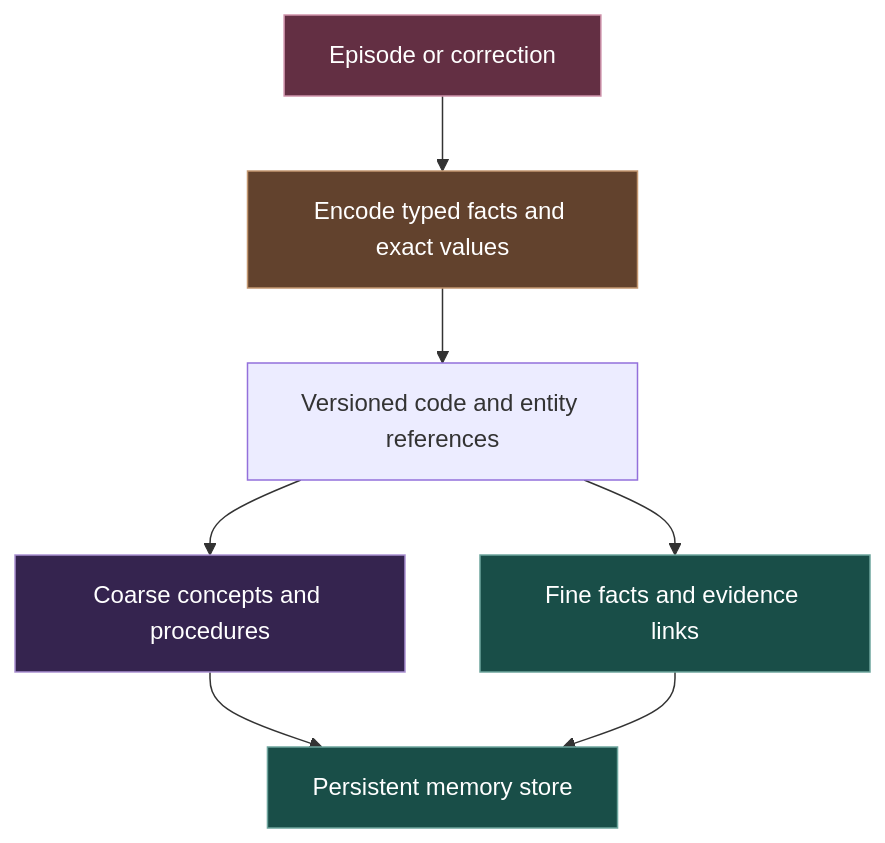
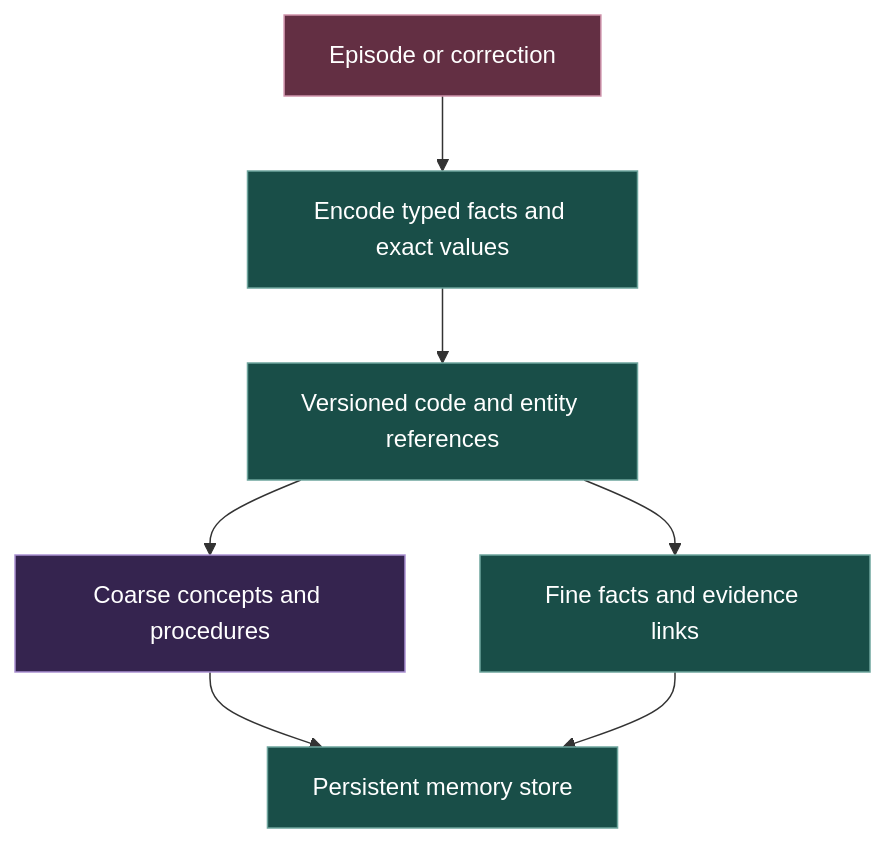
Before and after one commit to Kian-hdr/lore-demo: the first of 5 diagrams in docs/Memory.md, drawn with Mermaid. The commit also changed 5 other files, not shown here.

Commit message:
Make diagram colors follow subsystem responsibilities

````diff
--- a/docs/Memory.md
+++ b/docs/Memory.md
@@ -11,17 +11,15 @@
 ```mermaid
 flowchart TD
     A["Episode or correction"] --> B["Encode typed facts and exact values"]
     B --> C["Versioned code and entity references"]
     C --> D["Coarse concepts and procedures"]
     C --> E["Fine facts and evidence links"]
     D --> F["Persistent memory store"]
     E --> F
-    classDef change fill:#632f43,stroke:#cf93ab,color:#ffffff;
-    class A change;
-    classDef exec fill:#62422d,stroke:#c39770,color:#ffffff;
-    class B exec;
     classDef plan fill:#35244f,stroke:#aa91d2,color:#ffffff;
     class D plan;
     classDef data fill:#194e48,stroke:#6ea59d,color:#ffffff;
-    class E,F data;
+    class B,E,F,C data;
+    classDef change fill:#632f43,stroke:#cf93ab,color:#ffffff;
+    class A change;
 ```
````
